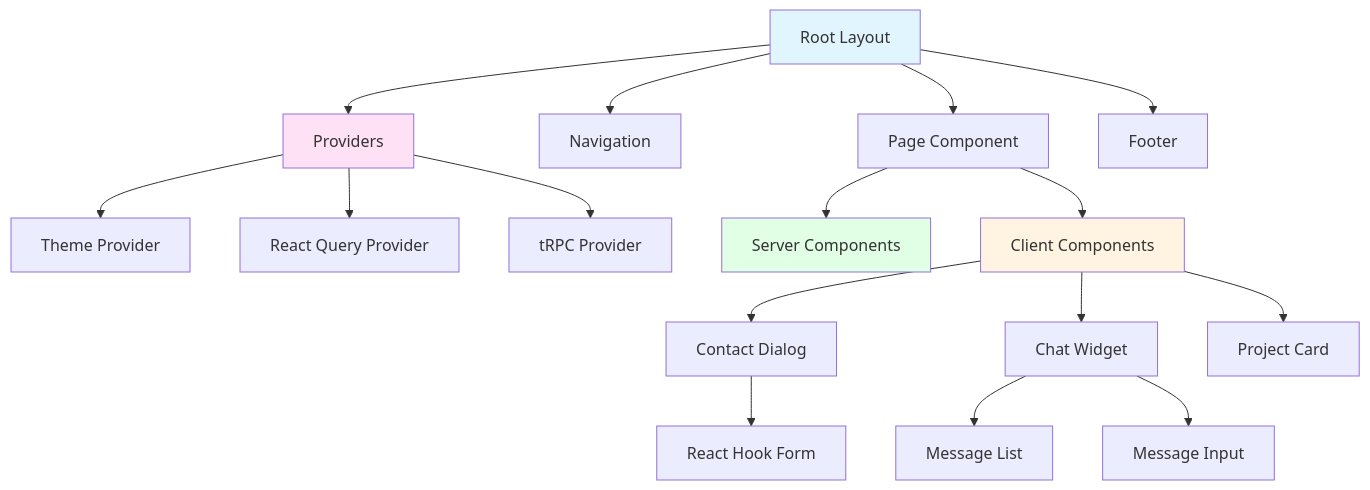
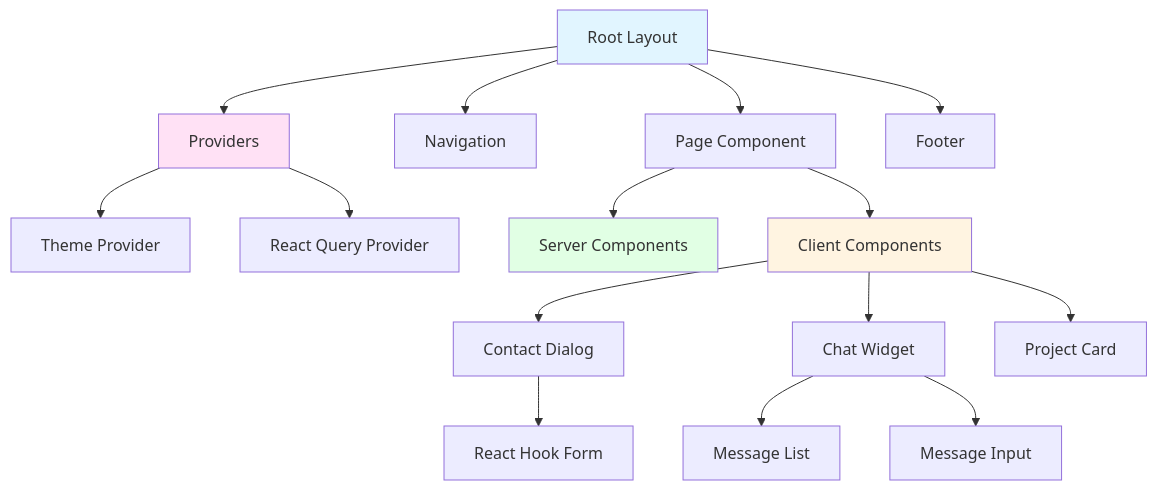
One commit to ossaidqadri/otherdev.web-02 changed the eighth of 11 diagrams in web/docs/ARCHITECTURE.md. Above: the diagram before and after it, drawn with Mermaid. The commit also changed other lines of this file and 2 other files, not shown here.

First line of the commit message:
docs: remove tRPC references, migrate to Next.js API Routes

````diff
--- a/web/docs/ARCHITECTURE.md
+++ b/web/docs/ARCHITECTURE.md
@@ -350,27 +354,26 @@
 ```mermaid
 graph TD
     Root[Root Layout] --> Providers[Providers]
     Providers --> Theme[Theme Provider]
     Providers --> ReactQuery[React Query Provider]
-    Providers --> tRPC[tRPC Provider]
 
     Root --> Nav[Navigation]
     Root --> Page[Page Component]
     Root --> Footer[Footer]
 
     Page --> ServerContent[Server Components]
     Page --> ClientContent[Client Components]
 
     ClientContent --> ContactDialog[Contact Dialog]
     ClientContent --> ChatWidget[Chat Widget]
     ClientContent --> ProjectCard[Project Card]
 
     ContactDialog --> Form[React Hook Form]
     ChatWidget --> MessageList[Message List]
     ChatWidget --> MessageInput[Message Input]
 
     style Root fill:#e1f5ff
     style Providers fill:#ffe1f5
     style ClientContent fill:#fff4e1
     style ServerContent fill:#e1ffe4
 ```
````
